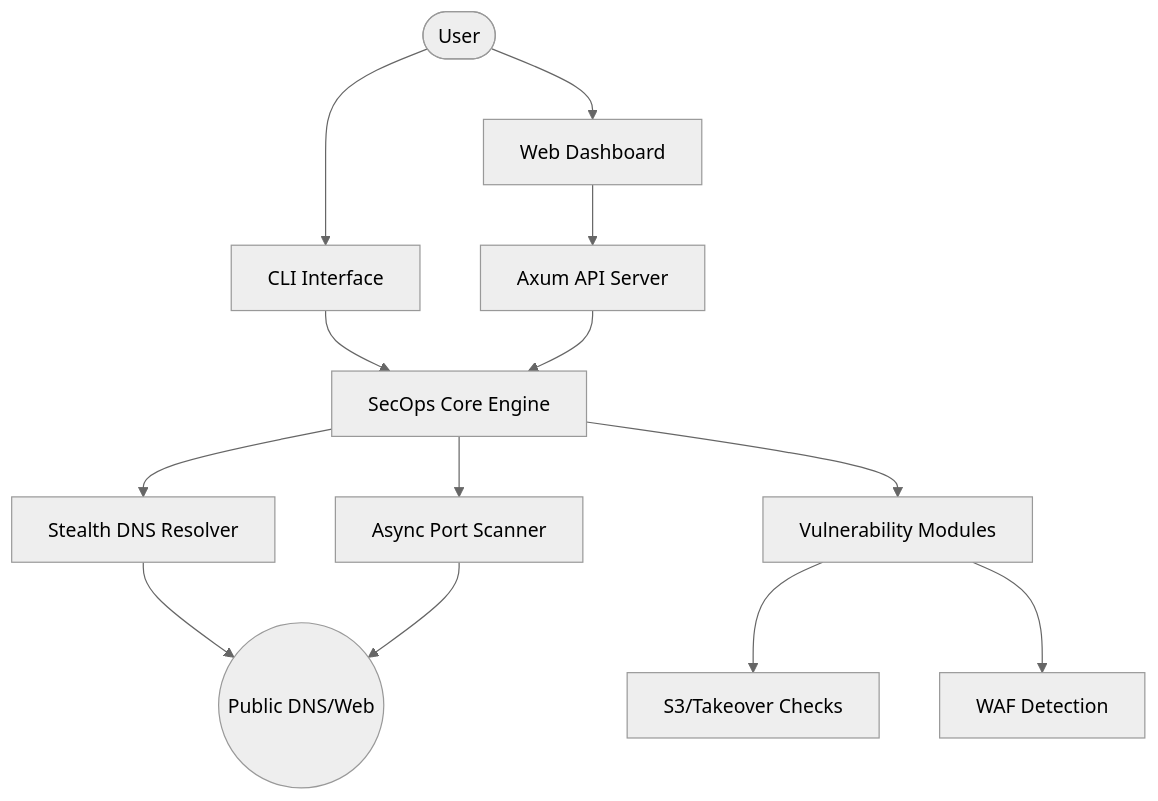
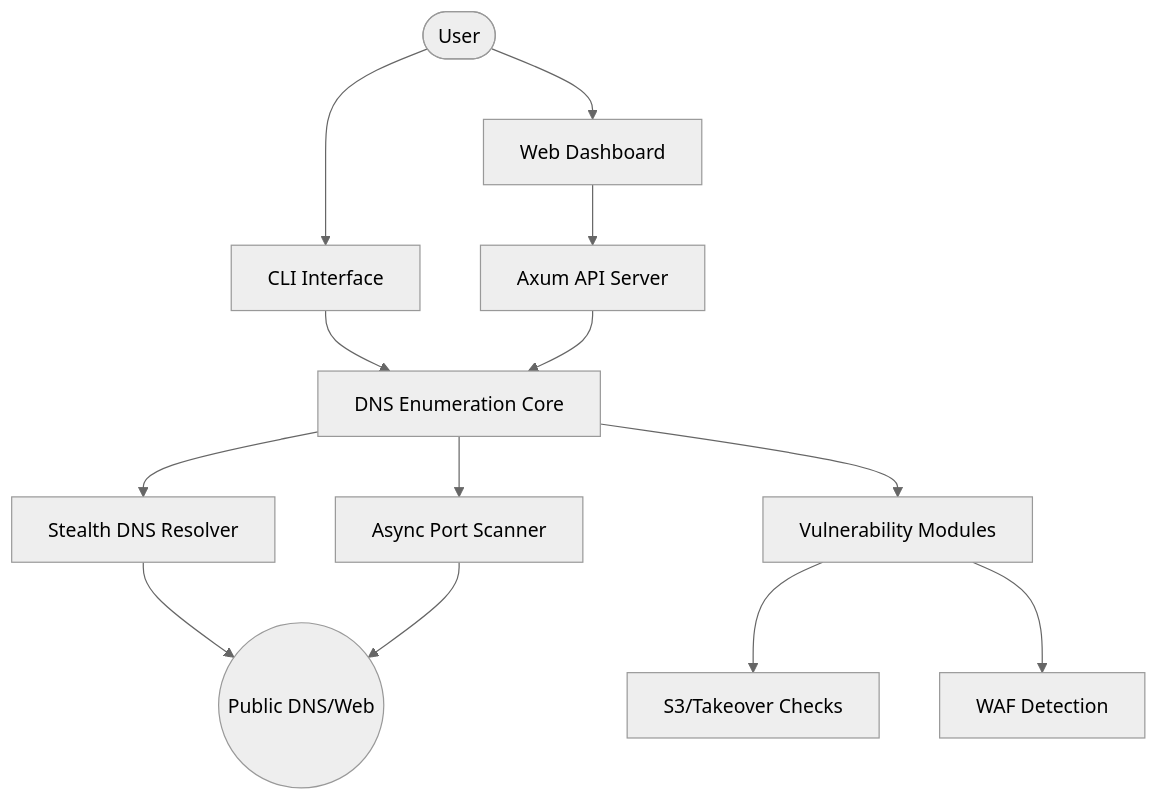
Before and after one commit to mahmutcirka/ISU-SecOps-Engine: the diagram in README.md, drawn with Mermaid (neutral theme). The commit also changed other lines of this file and 9 other files, not shown here.

Commit message:
final: rename project and crate to 'DNS Enumeration' as requested

````diff
--- a/README.md
+++ b/README.md
@@ -40,15 +40,15 @@
 ```mermaid
 graph TD
     User([User]) --> CLI[CLI Interface]
     User --> WEB[Web Dashboard]
     WEB --> API[Axum API Server]
-    CLI --> CORE[SecOps Core Engine]
+    CLI --> CORE[DNS Enumeration Core]
     API --> CORE
     CORE --> DNS[Stealth DNS Resolver]
     CORE --> SCAN[Async Port Scanner]
     CORE --> VULN[Vulnerability Modules]
     VULN --> S3[S3/Takeover Checks]
     VULN --> WAF[WAF Detection]
     DNS --> Internet((Public DNS/Web))
     SCAN --> Internet
 ```
````
